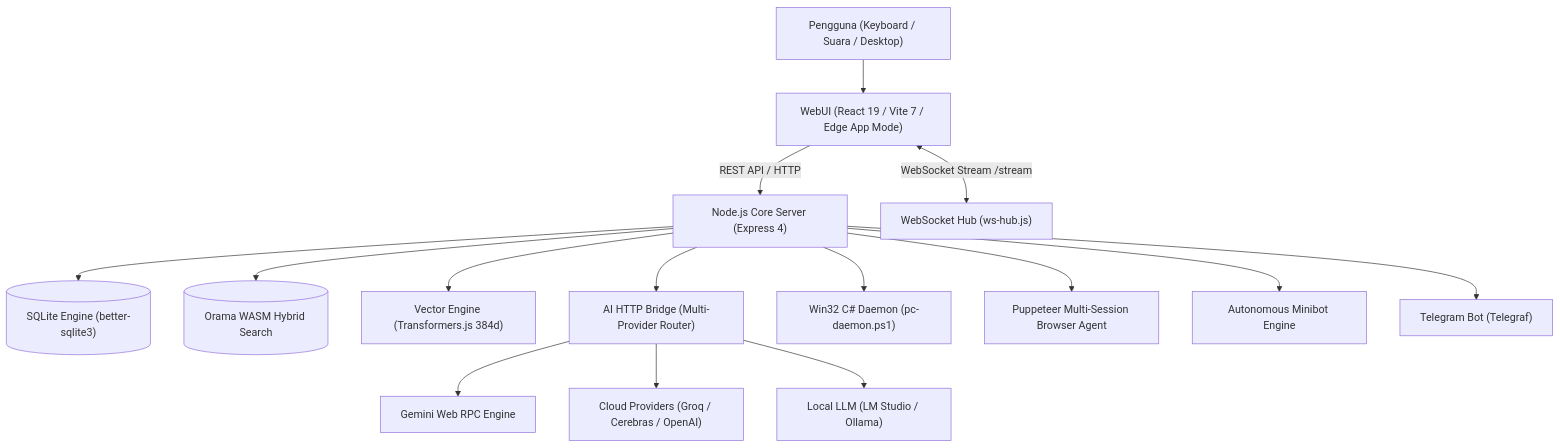
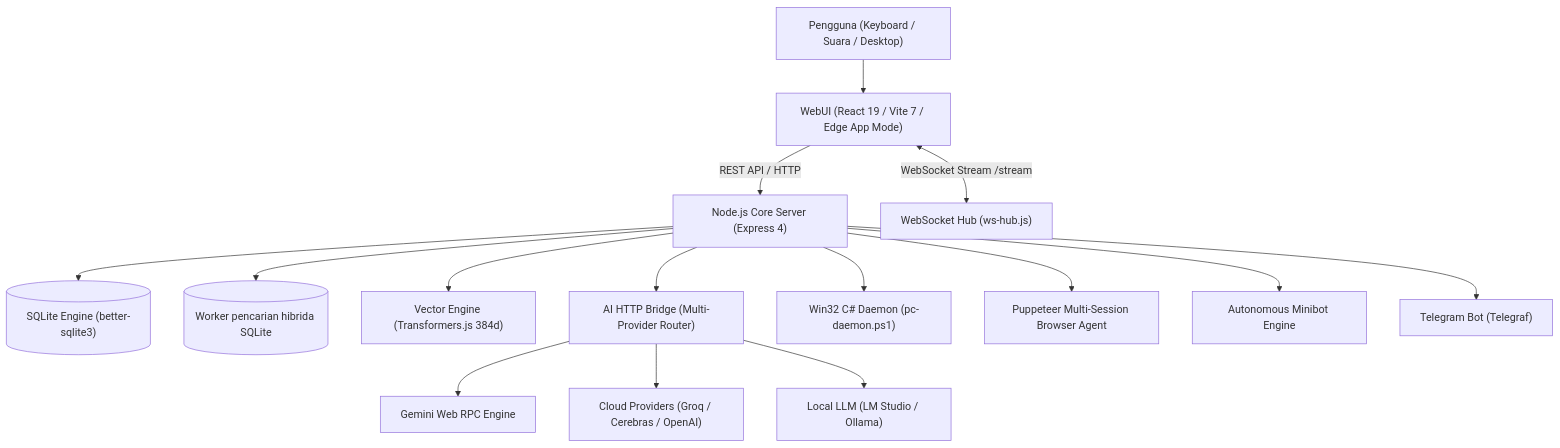
One commit to Mazees/mark-agent changed the diagram in docs/README.md. Above: the diagram before and after it, drawn with Mermaid. The commit also changed other lines of this file and 37 other files, not shown here.

````diff
--- a/docs/README.md
+++ b/docs/README.md
@@ -21,20 +21,20 @@
 ```mermaid
 graph TD
     User["Pengguna (Keyboard / Suara / Desktop)"] --> UI["WebUI (React 19 / Vite 7 / Edge App Mode)"]
     UI -->|REST API / HTTP| Server["Node.js Core Server (Express 4)"]
     UI <-->|WebSocket Stream /stream| WSHub["WebSocket Hub (ws-hub.js)"]
 
     Server --> SQLite[("SQLite Engine (better-sqlite3)")]
-    Server --> Orama[("Orama WASM Hybrid Search")]
+    Server --> Search[("Worker pencarian hibrida SQLite")]
     Server --> Transformers["Vector Engine (Transformers.js 384d)"]
 
     Server --> Bridge["AI HTTP Bridge (Multi-Provider Router)"]
     Bridge --> Gemini["Gemini Web RPC Engine"]
     Bridge --> Cloud["Cloud Providers (Groq / Cerebras / OpenAI)"]
     Bridge --> LocalLLM["Local LLM (LM Studio / Ollama)"]
 
     Server --> PCDaemon["Win32 C# Daemon (pc-daemon.ps1)"]
     Server --> Puppeteer["Puppeteer Multi-Session Browser Agent"]
     Server --> SubAgents["Autonomous Minibot Engine"]
     Server --> Telegram["Telegram Bot (Telegraf)"]
 ```
````
